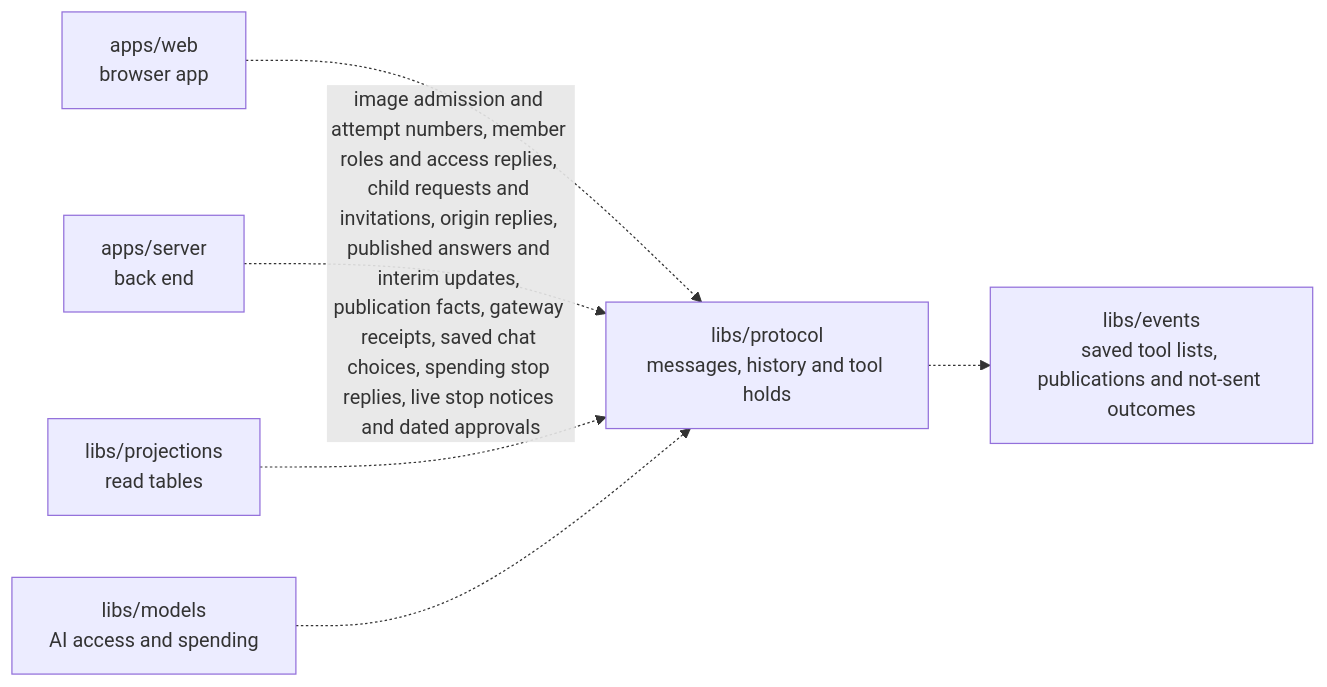
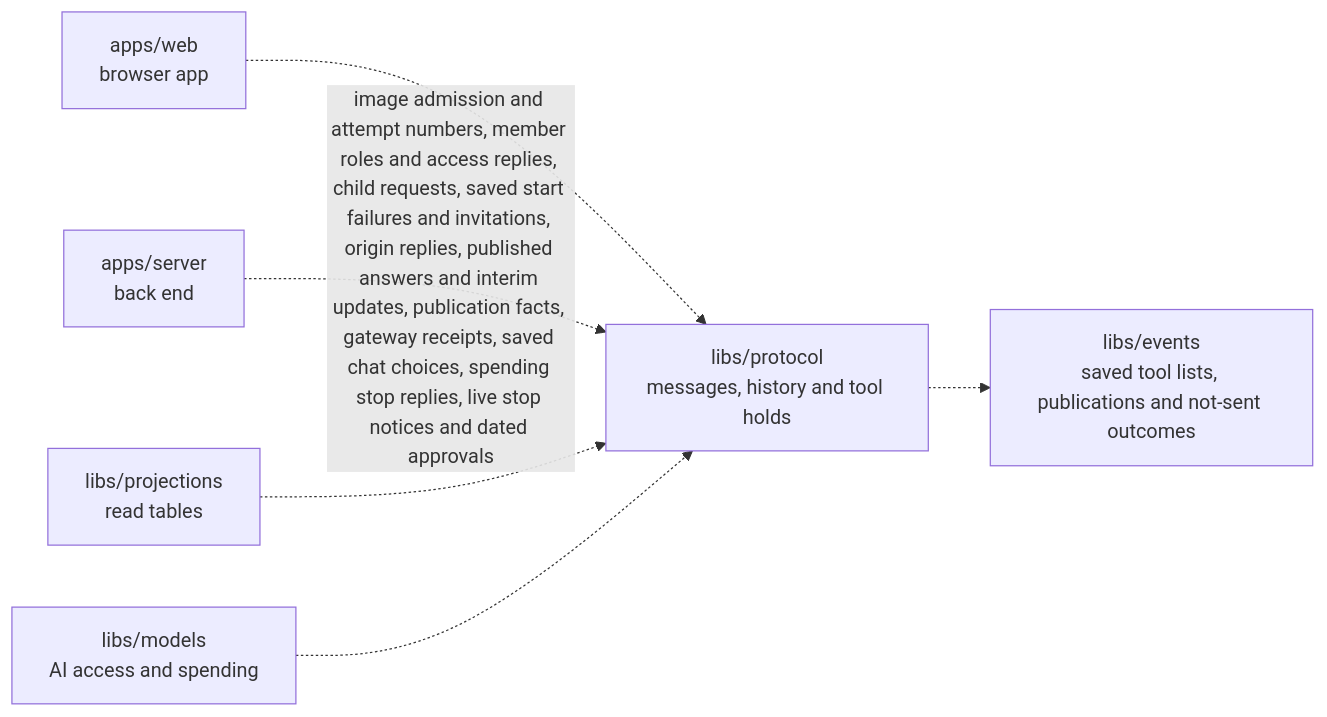
One commit to elewa-git/opencrane-new changed the diagram in libs/protocol/README.md. Above: the diagram before and after it, drawn with Mermaid. The commit also changed other lines of this file and 25 other files, not shown here.

Commit message:
🛑 Save child start failures and stop recovery before any turn

````diff
--- a/libs/protocol/README.md
+++ b/libs/protocol/README.md
@@ -11,8 +11,8 @@
 ```mermaid
 flowchart LR
   web["apps/web<br/>browser app"] -.-> protocol["libs/protocol<br/>messages, history and tool holds"]
-  server["apps/server<br/>back end"] -.->|image admission and attempt numbers, member roles and access replies, child requests and invitations, origin replies, published answers and interim updates, publication facts, gateway receipts, saved chat choices, spending stop replies, live stop notices and dated approvals| protocol
+  server["apps/server<br/>back end"] -.->|image admission and attempt numbers, member roles and access replies, child requests, saved start failures and invitations, origin replies, published answers and interim updates, publication facts, gateway receipts, saved chat choices, spending stop replies, live stop notices and dated approvals| protocol
   projections["libs/projections<br/>read tables"] -.-> protocol
   models["libs/models<br/>AI access and spending"] -.-> protocol
   protocol -.-> events["libs/events<br/>saved tool lists, publications and not-sent outcomes"]
 ```
````
